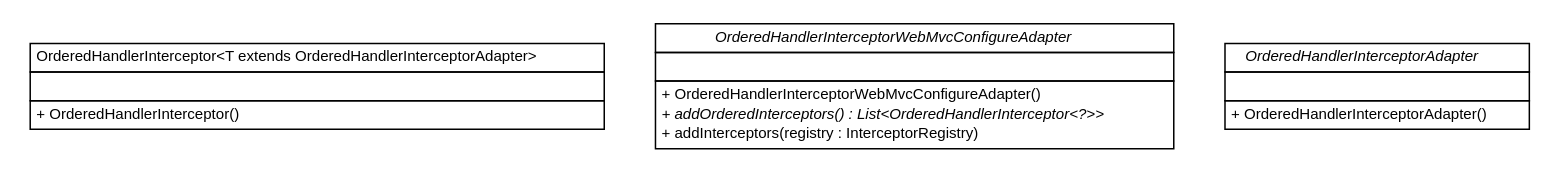
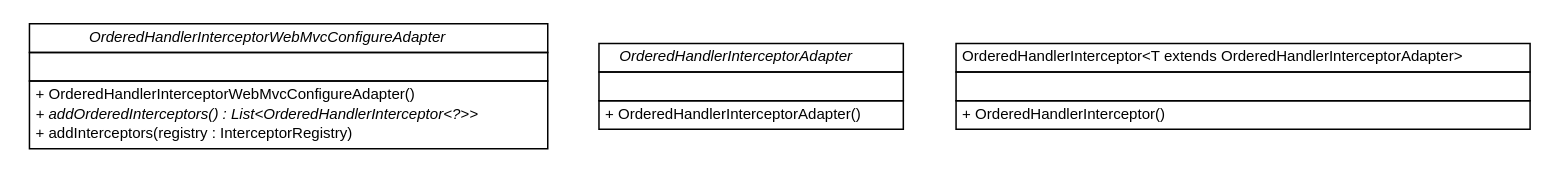
The diagram in release/build-docker/cloud-ready-parent/cloud-ready-parent-report-aggregate/apidocs/top/infra/web/servlet/handler/top.infra.web.servlet.handler.dot (cloud-ready/cloud-ready), drawn with Graphviz before and after one commit. The commit also changed 110 other files, not shown here.

```diff
--- a/release/build-docker/cloud-ready-parent/cloud-ready-parent-report-aggregate/apidocs/top/infra/web/servlet/handler/top.infra.web.servlet.handler.dot
+++ b/release/build-docker/cloud-ready-parent/cloud-ready-parent-report-aggregate/apidocs/top/infra/web/servlet/handler/top.infra.web.servlet.handler.dot
@@ -1,50 +1,50 @@
 #!/usr/local/bin/dot
 #
 # Class diagram 
 # Generated by UMLGraph version R5_6-24-gf6e263 (http://www.umlgraph.org/)
 #
 
 digraph G {
 	edge [fontname="Helvetica",fontsize=10,labelfontname="Helvetica",labelfontsize=10];
 	node [fontname="Helvetica",fontsize=10,shape=plaintext];
 	nodesep=0.25;
 	ranksep=0.5;
-	// top.infra.web.servlet.handler.OrderedHandlerInterceptor<T extends top.infra.web.servlet.handler.OrderedHandlerInterceptorAdapter>
-	c0 [label=<<table title="top.infra.web.servlet.handler.OrderedHandlerInterceptor" border="0" cellborder="1" cellspacing="0" cellpadding="2" port="p" href="./OrderedHandlerInterceptor.html">
-		<tr><td><table border="0" cellspacing="0" cellpadding="1">
-<tr><td align="center" balign="center"> OrderedHandlerInterceptor&lt;T extends OrderedHandlerInterceptorAdapter&gt; </td></tr>
-		</table></td></tr>
-		<tr><td><table border="0" cellspacing="0" cellpadding="1">
-<tr><td align="left" balign="left">  </td></tr>
-		</table></td></tr>
-		<tr><td><table border="0" cellspacing="0" cellpadding="1">
-<tr><td align="left" balign="left"> + OrderedHandlerInterceptor() </td></tr>
-		</table></td></tr>
-		</table>>, URL="./OrderedHandlerInterceptor.html", fontname="Helvetica", fontcolor="black", fontsize=10.0];
 	// top.infra.web.servlet.handler.OrderedHandlerInterceptorWebMvcConfigureAdapter
-	c1 [label=<<table title="top.infra.web.servlet.handler.OrderedHandlerInterceptorWebMvcConfigureAdapter" border="0" cellborder="1" cellspacing="0" cellpadding="2" port="p" href="./OrderedHandlerInterceptorWebMvcConfigureAdapter.html">
+	c0 [label=<<table title="top.infra.web.servlet.handler.OrderedHandlerInterceptorWebMvcConfigureAdapter" border="0" cellborder="1" cellspacing="0" cellpadding="2" port="p" href="./OrderedHandlerInterceptorWebMvcConfigureAdapter.html">
 		<tr><td><table border="0" cellspacing="0" cellpadding="1">
 <tr><td align="center" balign="center"><font face="Helvetica-Oblique"> OrderedHandlerInterceptorWebMvcConfigureAdapter </font></td></tr>
 		</table></td></tr>
 		<tr><td><table border="0" cellspacing="0" cellpadding="1">
 <tr><td align="left" balign="left">  </td></tr>
 		</table></td></tr>
 		<tr><td><table border="0" cellspacing="0" cellpadding="1">
 <tr><td align="left" balign="left"> + OrderedHandlerInterceptorWebMvcConfigureAdapter() </td></tr>
 <tr><td align="left" balign="left"><font face="Helvetica-Oblique" point-size="10.0"> + addOrderedInterceptors() : List&lt;OrderedHandlerInterceptor&lt;?&gt;&gt; </font></td></tr>
 <tr><td align="left" balign="left"> + addInterceptors(registry : InterceptorRegistry) </td></tr>
 		</table></td></tr>
 		</table>>, URL="./OrderedHandlerInterceptorWebMvcConfigureAdapter.html", fontname="Helvetica", fontcolor="black", fontsize=10.0];
 	// top.infra.web.servlet.handler.OrderedHandlerInterceptorAdapter
-	c2 [label=<<table title="top.infra.web.servlet.handler.OrderedHandlerInterceptorAdapter" border="0" cellborder="1" cellspacing="0" cellpadding="2" port="p" href="./OrderedHandlerInterceptorAdapter.html">
+	c1 [label=<<table title="top.infra.web.servlet.handler.OrderedHandlerInterceptorAdapter" border="0" cellborder="1" cellspacing="0" cellpadding="2" port="p" href="./OrderedHandlerInterceptorAdapter.html">
 		<tr><td><table border="0" cellspacing="0" cellpadding="1">
 <tr><td align="center" balign="center"><font face="Helvetica-Oblique"> OrderedHandlerInterceptorAdapter </font></td></tr>
 		</table></td></tr>
 		<tr><td><table border="0" cellspacing="0" cellpadding="1">
 <tr><td align="left" balign="left">  </td></tr>
 		</table></td></tr>
 		<tr><td><table border="0" cellspacing="0" cellpadding="1">
 <tr><td align="left" balign="left"> + OrderedHandlerInterceptorAdapter() </td></tr>
 		</table></td></tr>
 		</table>>, URL="./OrderedHandlerInterceptorAdapter.html", fontname="Helvetica", fontcolor="black", fontsize=10.0];
+	// top.infra.web.servlet.handler.OrderedHandlerInterceptor<T extends top.infra.web.servlet.handler.OrderedHandlerInterceptorAdapter>
+	c2 [label=<<table title="top.infra.web.servlet.handler.OrderedHandlerInterceptor" border="0" cellborder="1" cellspacing="0" cellpadding="2" port="p" href="./OrderedHandlerInterceptor.html">
+		<tr><td><table border="0" cellspacing="0" cellpadding="1">
+<tr><td align="center" balign="center"> OrderedHandlerInterceptor&lt;T extends OrderedHandlerInterceptorAdapter&gt; </td></tr>
+		</table></td></tr>
+		<tr><td><table border="0" cellspacing="0" cellpadding="1">
+<tr><td align="left" balign="left">  </td></tr>
+		</table></td></tr>
+		<tr><td><table border="0" cellspacing="0" cellpadding="1">
+<tr><td align="left" balign="left"> + OrderedHandlerInterceptor() </td></tr>
+		</table></td></tr>
+		</table>>, URL="./OrderedHandlerInterceptor.html", fontname="Helvetica", fontcolor="black", fontsize=10.0];
 }
```
